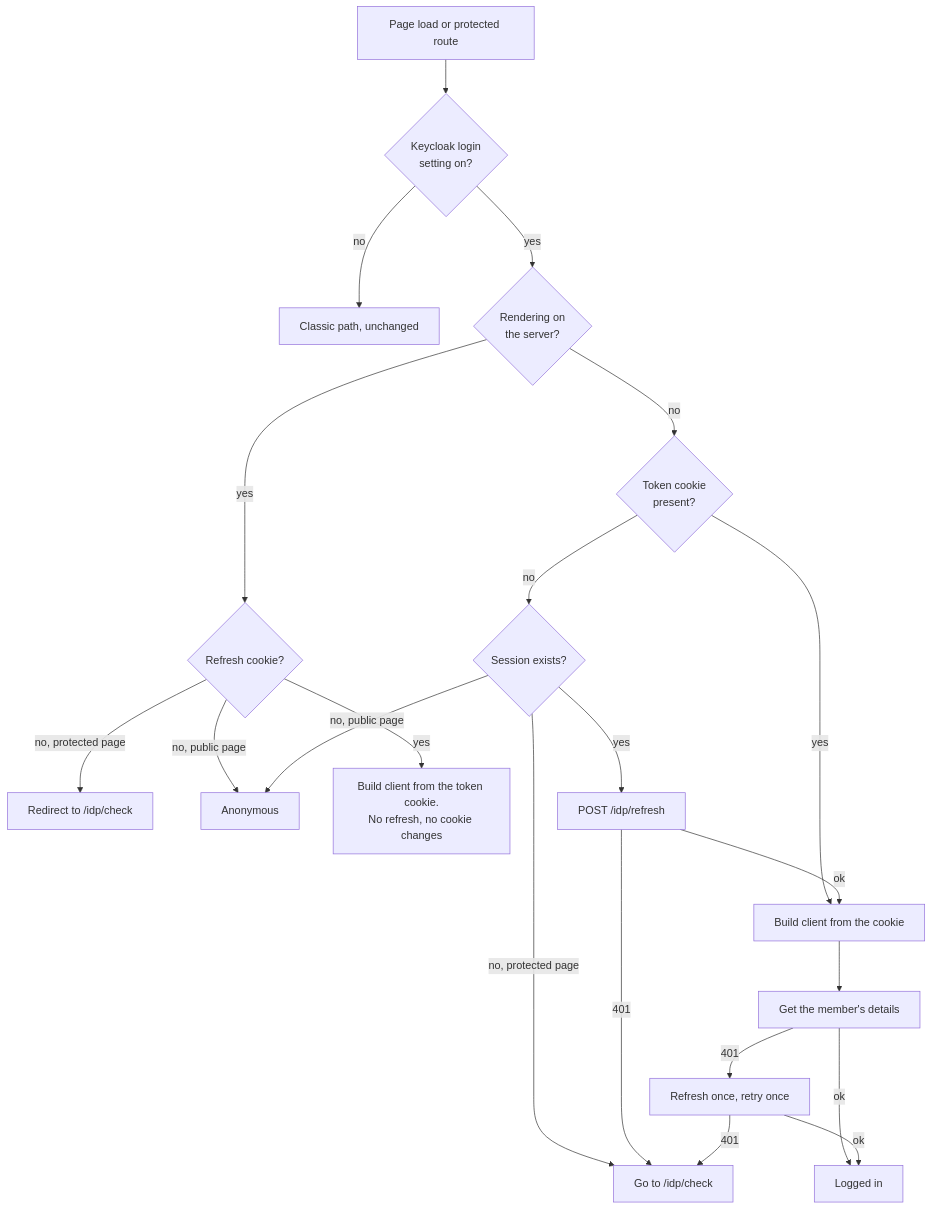
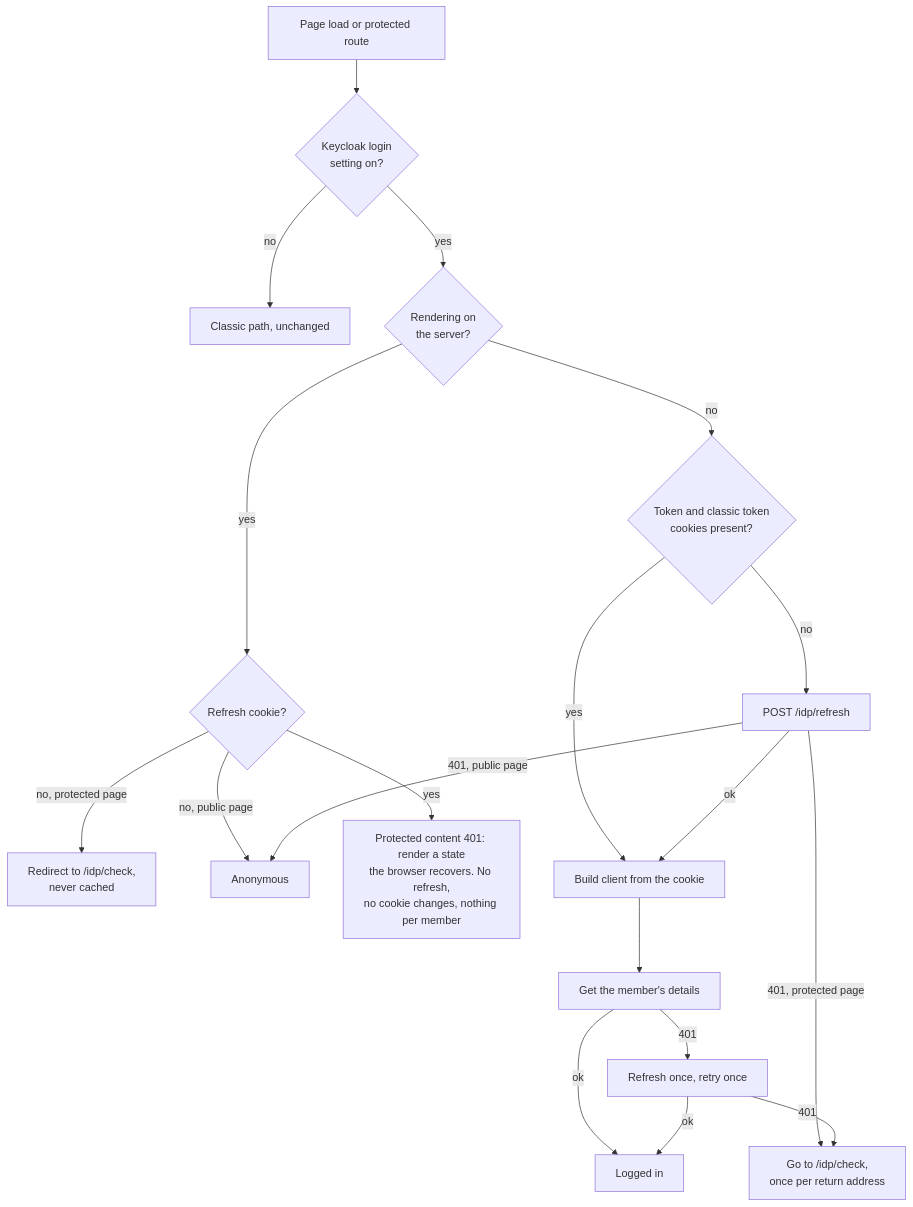
The diagram in docs/plans/2026-07-21-001-fix-keyc-199-bff-session-login-plan-plain-english.md (zengenti/contensis-react-base), drawn with Mermaid before and after one commit. The commit also changed other lines of this file and 2 other files, not shown here.

````diff
--- a/docs/plans/2026-07-21-001-fix-keyc-199-bff-session-login-plan-plain-english.md
+++ b/docs/plans/2026-07-21-001-fix-keyc-199-bff-session-login-plan-plain-english.md
@@ -193,23 +199,21 @@
 ```mermaid
 flowchart TD
     A[Page load or protected route] --> B{Keycloak login<br/>setting on?}
     B -- no --> C[Classic path, unchanged]
     B -- yes --> D{Rendering on<br/>the server?}
     D -- yes --> SR{Refresh cookie?}
-    SR -- no, protected page --> R302[Redirect to /idp/check]
+    SR -- no, protected page --> R302[Redirect to /idp/check,<br/>never cached]
     SR -- no, public page --> AN[Anonymous]
-    SR -- yes --> E[Build client from the token cookie.<br/>No refresh, no cookie changes]
-    D -- no --> F{Token cookie<br/>present?}
+    SR -- yes --> E[Protected content 401: render a state<br/>the browser recovers. No refresh,<br/>no cookie changes, nothing per member]
+    D -- no --> F{Token and classic token<br/>cookies present?}
     F -- yes --> H[Build client from the cookie]
-    F -- no --> S{Session exists?}
-    S -- yes --> G[POST /idp/refresh]
-    S -- no, protected page --> CK[Go to /idp/check]
-    S -- no, public page --> AN
+    F -- no --> G[POST /idp/refresh]
+    G -- 401, protected page --> CK[Go to /idp/check,<br/>once per return address]
+    G -- 401, public page --> AN
     G -- ok --> H
-    G -- 401 --> CK
     H --> I[Get the member's details]
     I -- ok --> K[Logged in]
     I -- 401 --> L[Refresh once, retry once]
     L -- ok --> K
     L -- 401 --> CK
 ```
````
